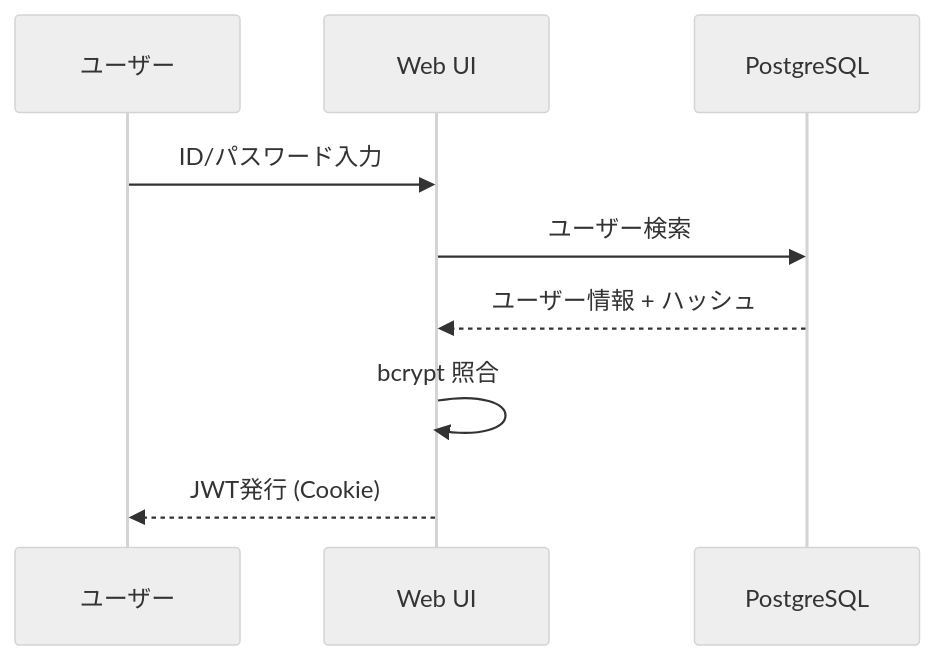
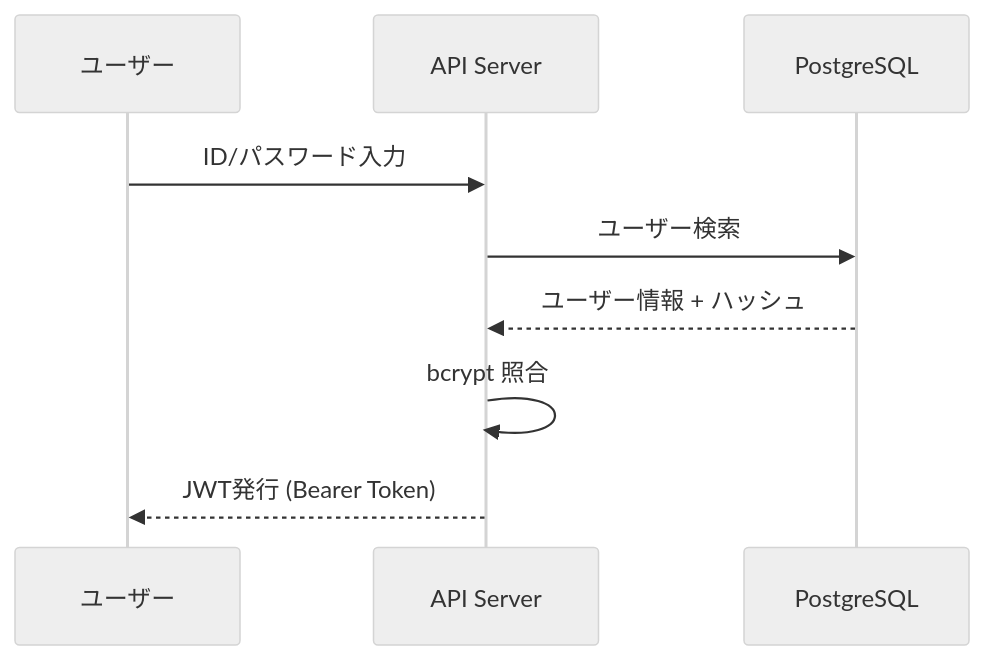
Before and after one commit to lmlight-app/dist_vite: the second of 7 diagrams in docs/src/17_システム構成図.md, drawn with Mermaid (neutral theme). The commit also changed other lines of this file and 41 other files, not shown here.

````diff
--- a/docs/src/17_システム構成図.md
+++ b/docs/src/17_システム構成図.md
@@ -108,12 +153,12 @@
 ```mermaid
 sequenceDiagram
     participant U as ユーザー
-    participant W as Web UI
+    participant API as API Server
     participant DB as PostgreSQL
 
-    U->>W: ID/パスワード入力
-    W->>DB: ユーザー検索
-    DB-->>W: ユーザー情報 + ハッシュ
-    W->>W: bcrypt 照合
-    W-->>U: JWT発行 (Cookie)
+    U->>API: ID/パスワード入力
+    API->>DB: ユーザー検索
+    DB-->>API: ユーザー情報 + ハッシュ
+    API->>API: bcrypt 照合
+    API-->>U: JWT発行 (Bearer Token)
 ```
````
